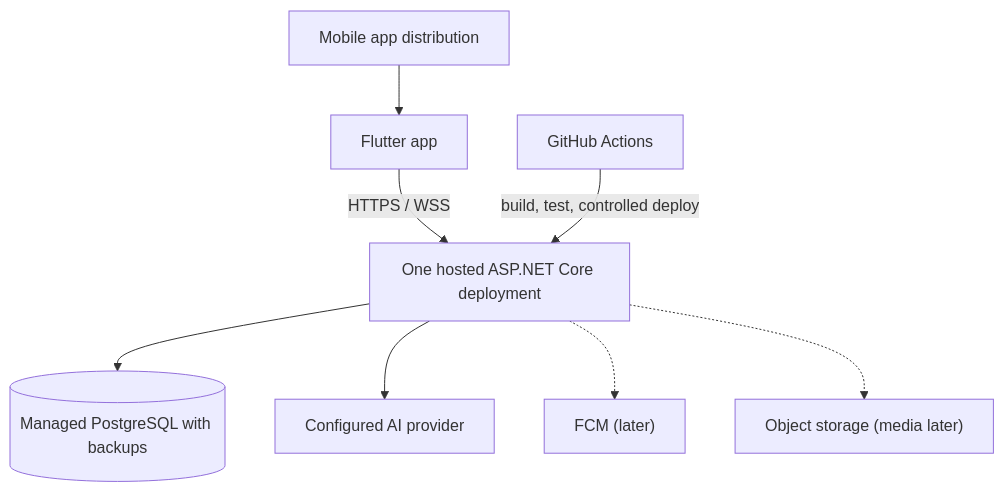
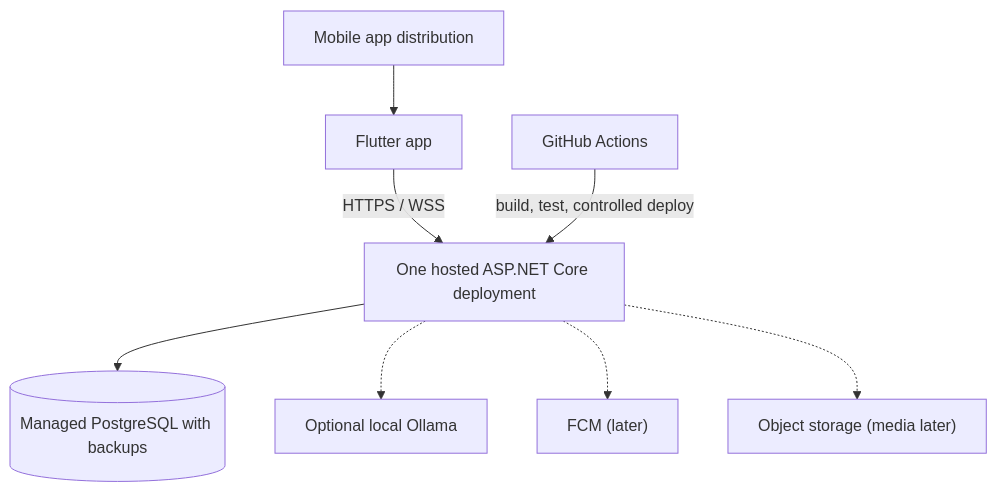
Before and after one commit to rajul-bhatnagar/parallel-world: the seventh of 7 diagrams in docs/architecture/ARCHITECTURE.md, drawn with Mermaid. The commit also changed other lines of this file and 6 other files, not shown here.

````diff
--- a/docs/architecture/ARCHITECTURE.md
+++ b/docs/architecture/ARCHITECTURE.md
@@ -570,10 +570,10 @@
 ```mermaid
 flowchart TD
     STORE["Mobile app distribution"] --> APP["Flutter app"]
     APP -->|"HTTPS / WSS"| API["One hosted ASP.NET Core deployment"]
     API --> DB[("Managed PostgreSQL with backups")]
-    API --> AIP["Configured AI provider"]
+    API -.-> AIP["Optional local Ollama"]
     API -.-> FCM["FCM (later)"]
     API -.-> OBJ["Object storage (media later)"]
     CI["GitHub Actions"] -->|"build, test, controlled deploy"| API
 ```
````
